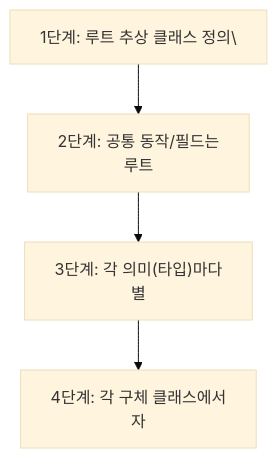
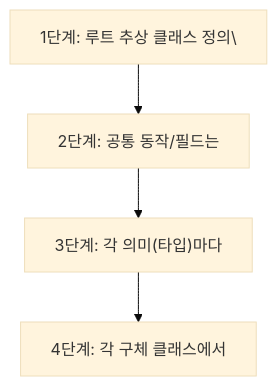
Before and after one commit to yjkim2015/yjkim2015.github.io: the second of 4 diagrams in _posts/java/2022-01-04-effective-java23.md, drawn with Mermaid (base theme). The commit also changed other lines of this file and 217 other files, not shown here.

First line of the commit message:
Mermaid 크기 수정: useMaxWidth:true + SVG max-width:100% + 라벨 축소

````diff
--- a/_posts/java/2022-01-04-effective-java23.md
+++ b/_posts/java/2022-01-04-effective-java23.md
@@ -85,6 +85,6 @@
 ```mermaid
 graph TD
-    A["1단계: 루트 추상 클래스 정의\"] --> B["2단계: 공통 동작/필드는\n루트"]
-    B --> C["3단계: 각 의미(타입)마다\n별"]
-    C --> D["4단계: 각 구체 클래스에서\n자"]
+    A["1단계: 루트 추상 클래스 정의\"] --> B["2단계: 공통 동작/필드는"]
+    B --> C["3단계: 각 의미(타입)마다"]
+    C --> D["4단계: 각 구체 클래스에서"]
 ```
````
